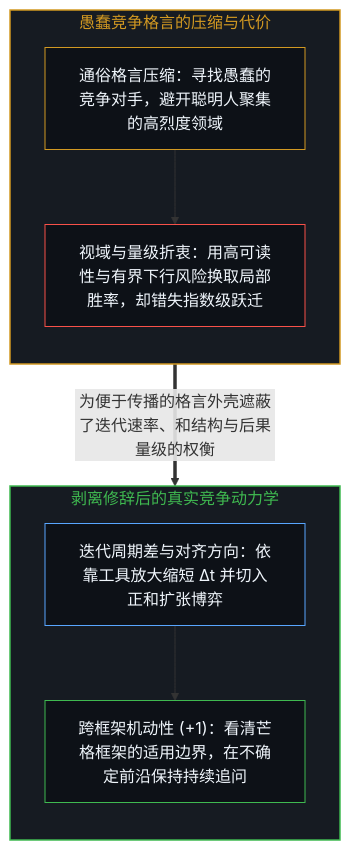
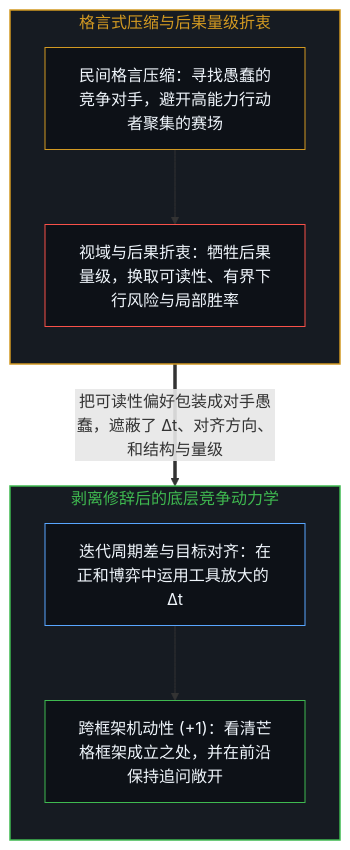
Before and after one commit to powerpig99/not-a-toe: the first of 2 diagrams in content/posts/munger-dumb-competition-refined.md, drawn with Mermaid. The commit also changed other lines of this file and 7 other files, not shown here.

````diff
--- a/content/posts/munger-dumb-competition-refined.md
+++ b/content/posts/munger-dumb-competition-refined.md
@@ -17,22 +17,22 @@
 ```mermaid
 flowchart TD
-    subgraph S_Munger["愚蠢竞争格言的压缩与代价"]
+    subgraph S_Munger["格言式压缩与后果量级折衷"]
         direction TB
-        Maxim["通俗格言压缩：寻找愚蠢的竞争对手，避开聪明人聚集的高烈度领域"]
-        Tradeoff["视域与量级折衷：用高可读性与有界下行风险换取局部胜率，却错失指数级跃迁"]
+        Maxim["民间格言压缩：寻找愚蠢的竞争对手，避开高能力行动者聚集的赛场"]
+        Tradeoff["视域与后果折衷：牺牲后果量级，换取可读性、有界下行风险与局部胜率"]
         Maxim --> Tradeoff
     end
-    subgraph S_Mech["剥离修辞后的真实竞争动力学"]
+    subgraph S_Mech["剥离修辞后的底层竞争动力学"]
         direction TB
-        Delta["迭代周期差与对齐方向：依靠工具放大缩短 Δt 并切入正和扩张博弈"]
-        Mobility["跨框架机动性 (+1)：看清芒格框架的适用边界，在不确定前沿保持持续追问"]
+        Delta["迭代周期差与目标对齐：在正和博弈中运用工具放大的 Δt"]
+        Mobility["跨框架机动性 (+1)：看清芒格框架成立之处，并在前沿保持追问敞开"]
         Delta --> Mobility
     end
-    Tradeoff ==>|"为便于传播的格言外壳遮蔽了迭代速率、和结构与后果量级的权衡"| Delta
+    Tradeoff ==>|"把可读性偏好包装成对手愚蠢，遮蔽了 Δt、对齐方向、和结构与量级"| Delta
     style S_Munger fill:#161b22,stroke:#d29922,stroke-width:1.5px,color:#d29922
     style S_Mech fill:#161b22,stroke:#3fb950,stroke-width:1.5px,color:#3fb950
     style Maxim fill:#0d1117,stroke:#d29922,stroke-width:1px,color:#f0f6fc
     style Tradeoff fill:#0d1117,stroke:#f85149,stroke-width:1px,color:#f0f6fc
     style Delta fill:#0d1117,stroke:#58a6ff,stroke-width:1px,color:#f0f6fc
     style Mobility fill:#0d1117,stroke:#3fb950,stroke-width:1px,color:#f0f6fc
 ```
````
